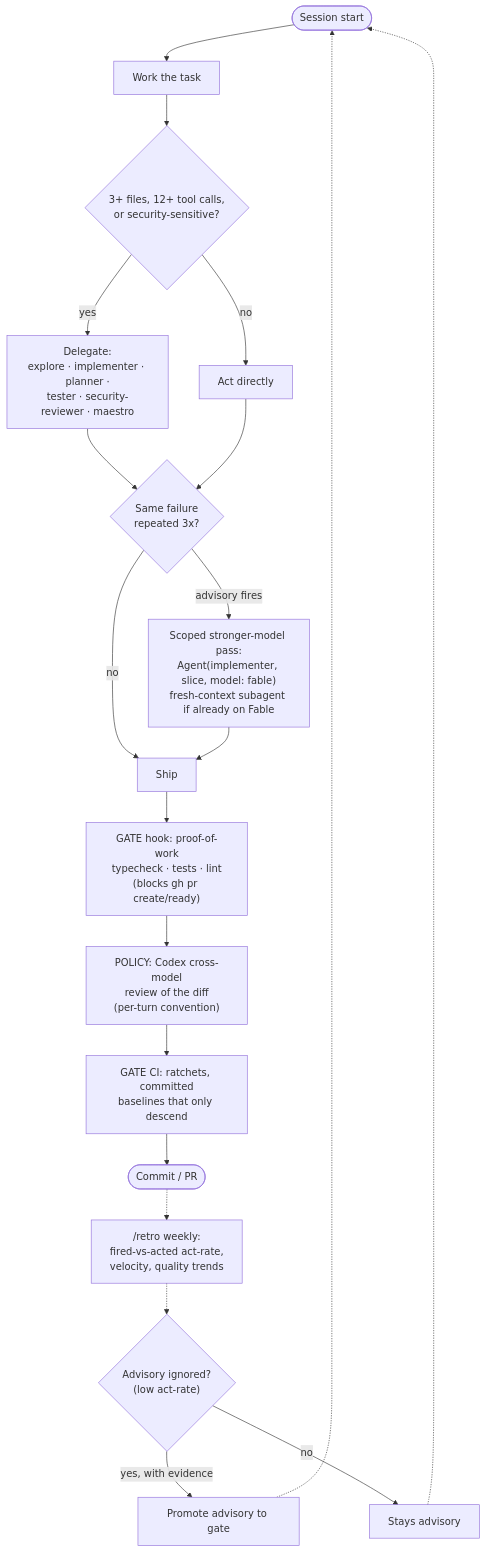
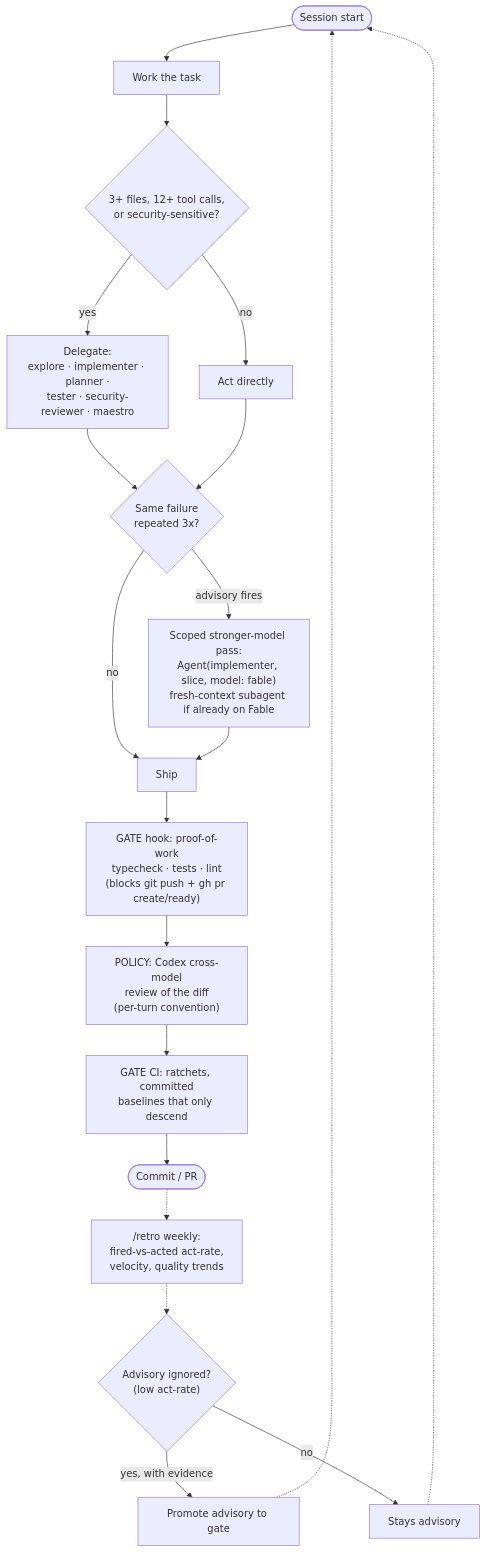
The diagram in README.md (darkroomengineering/cc-settings), drawn with Mermaid before and after one commit. The commit also changed 4 other files, not shown here.

First line of the commit message:
feat: gate git push on the full proof battery

````diff
--- a/README.md
+++ b/README.md
@@ -82,22 +82,22 @@
 ```mermaid
 flowchart TB
     A([Session start]) --> B[Work the task]
     B --> C{"3+ files, 12+ tool calls,<br/>or security-sensitive?"}
     C -- yes --> D["Delegate:<br/>explore · implementer · planner ·<br/>tester · security-reviewer · maestro"]
     C -- no --> E[Act directly]
     D --> F{"Same failure<br/>repeated 3x?"}
     E --> F
     F -- "advisory fires" --> G["Scoped stronger-model pass:<br/>Agent(implementer, slice, model: fable)<br/>fresh-context subagent if already on Fable"]
     F -- no --> H
     G --> H[Ship]
-    H --> I["GATE hook: proof-of-work<br/>typecheck · tests · lint<br/>(blocks gh pr create/ready)"]
+    H --> I["GATE hook: proof-of-work<br/>typecheck · tests · lint<br/>(blocks git push + gh pr create/ready)"]
     I --> J["POLICY: Codex cross-model<br/>review of the diff<br/>(per-turn convention)"]
     J --> K["GATE CI: ratchets, committed<br/>baselines that only descend"]
     K --> L([Commit / PR])
     L -.-> M["/retro weekly:<br/>fired-vs-acted act-rate,<br/>velocity, quality trends"]
     M -.-> N{"Advisory ignored?<br/>(low act-rate)"}
     N -- "yes, with evidence" --> O["Promote advisory to gate"]
     N -- no --> P[Stays advisory]
     O -.-> A
     P -.-> A
 ```
````
